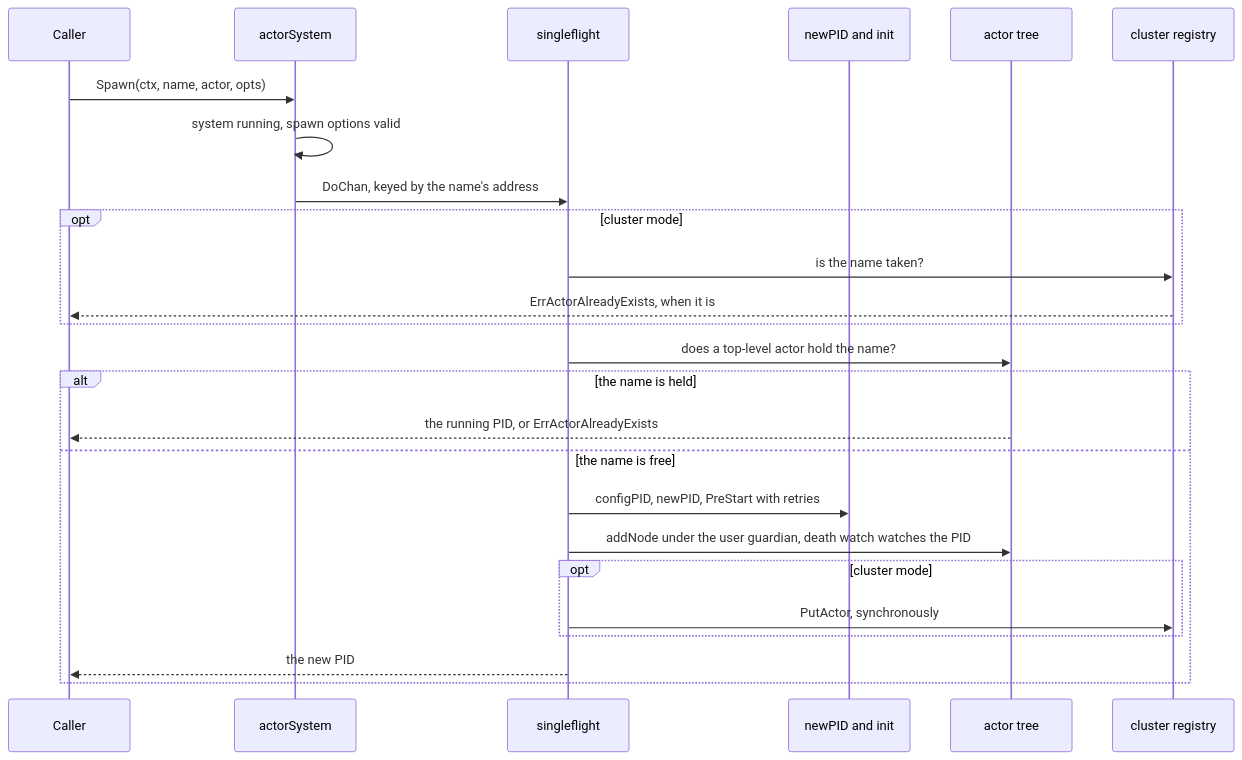
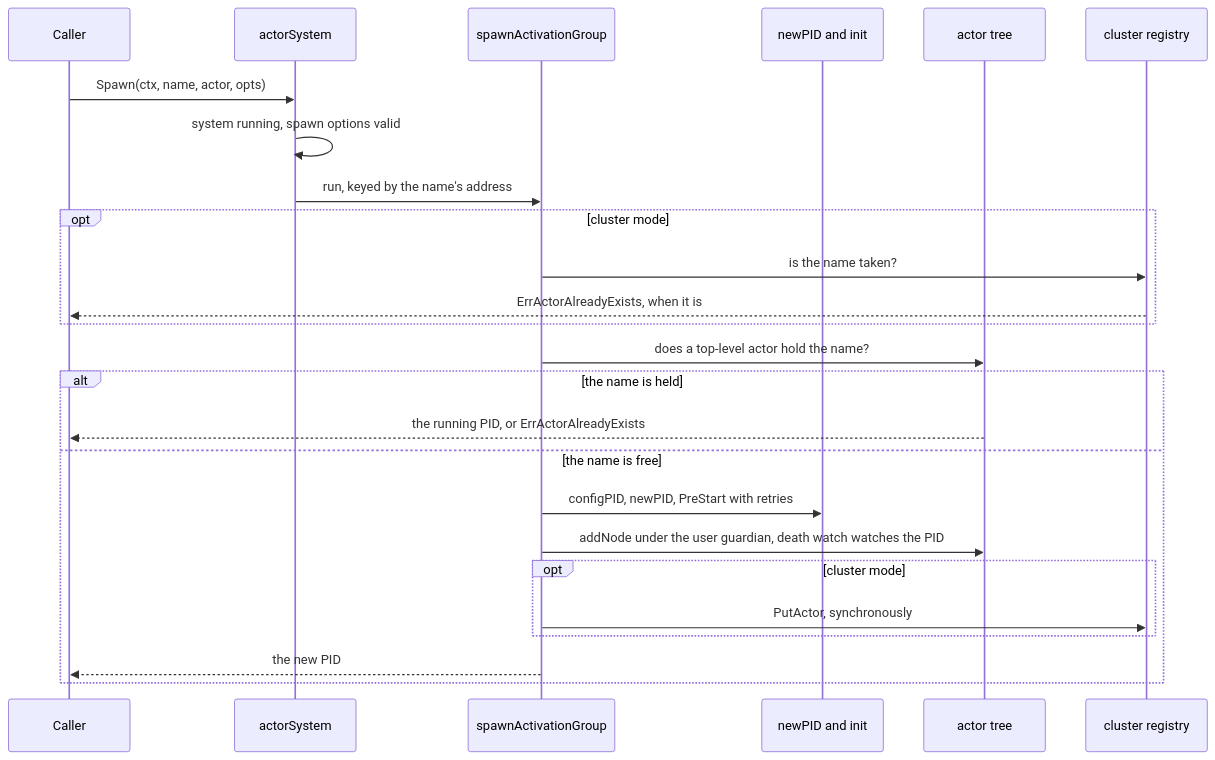
The first of 2 diagrams in book/chapters/chap-04.md (Tochemey/goakt), drawn with Mermaid before and after one commit. The commit also changed other lines of this file and 12 other files, not shown here.

````diff
--- a/book/chapters/chap-04.md
+++ b/book/chapters/chap-04.md
@@ -50,27 +50,27 @@
 ```mermaid
 sequenceDiagram
     participant C as Caller
     participant S as actorSystem
-    participant F as singleflight
+    participant F as spawnActivationGroup
     participant P as newPID and init
     participant T as actor tree
     participant R as cluster registry
     C->>S: Spawn(ctx, name, actor, opts)
     S->>S: system running, spawn options valid
-    S->>F: DoChan, keyed by the name's address
+    S->>F: run, keyed by the name's address
     opt cluster mode
         F->>R: is the name taken?
         R-->>C: ErrActorAlreadyExists, when it is
     end
     F->>T: does a top-level actor hold the name?
     alt the name is held
         T-->>C: the running PID, or ErrActorAlreadyExists
     else the name is free
         F->>P: configPID, newPID, PreStart with retries
         F->>T: addNode under the user guardian, death watch watches the PID
         opt cluster mode
             F->>R: PutActor, synchronously
         end
         F-->>C: the new PID
     end
 ```
````
